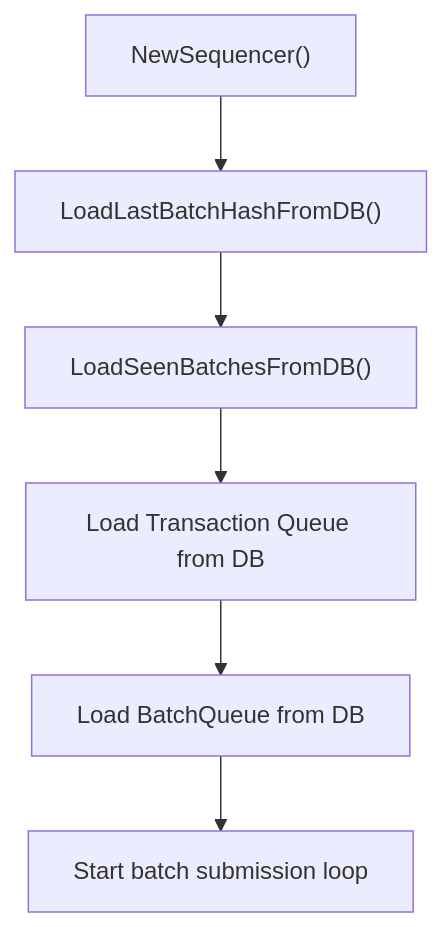
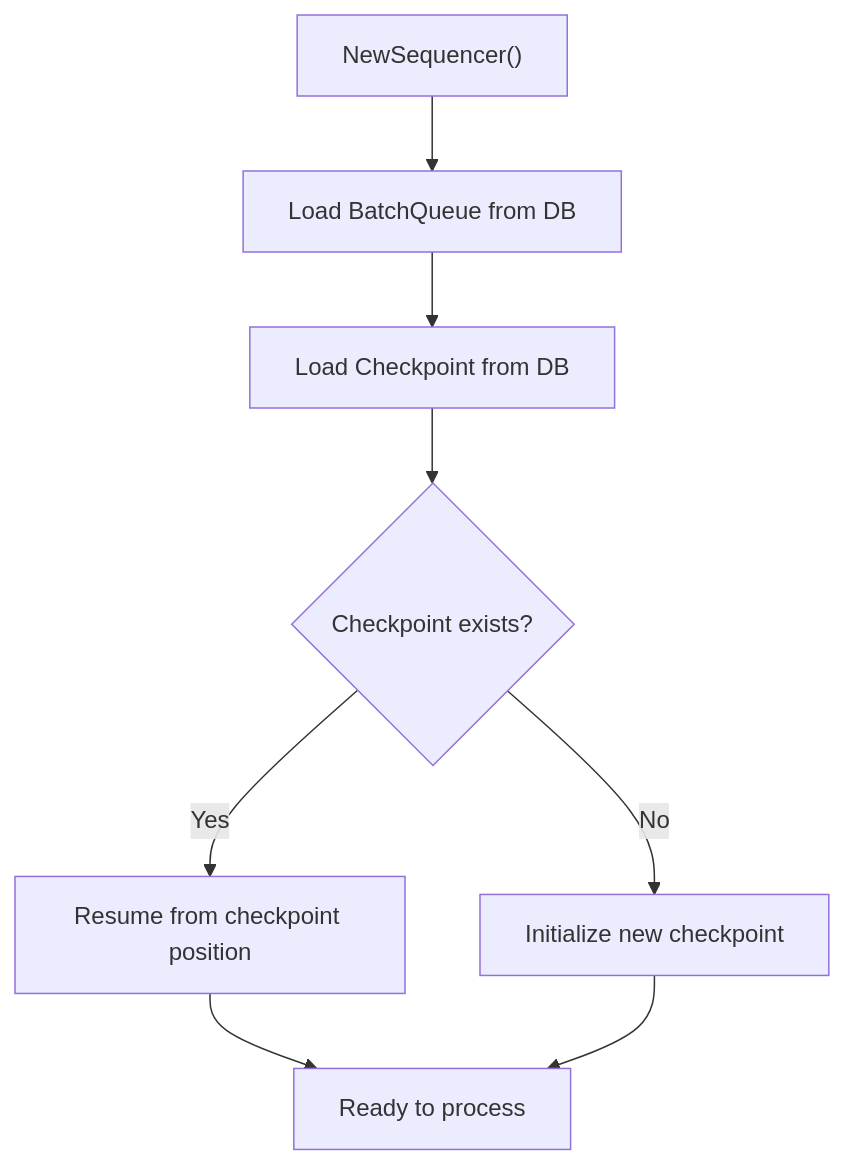
One commit to evstack/ev-node changed the second of 6 diagrams in sequencers/single/README.md. Above: the diagram before and after it, drawn with Mermaid. The commit also changed other lines of this file and 9 other files, not shown here.

Commit message:
implement checkpoint for single sequencer

````diff
--- a/sequencers/single/README.md
+++ b/sequencers/single/README.md
@@ -55,8 +63,10 @@
 ```mermaid
 flowchart TD
-    A["NewSequencer()"] --> B["LoadLastBatchHashFromDB()"]
-    B --> C["LoadSeenBatchesFromDB()"]
-    C --> D["Load Transaction Queue from DB"]
-    D --> E["Load BatchQueue from DB"]
-    E --> F["Start batch submission loop"]
+    A["NewSequencer()"] --> B["Load BatchQueue from DB"]
+    B --> C["Load Checkpoint from DB"]
+    C --> D{"Checkpoint exists?"}
+    D -->|Yes| E["Resume from checkpoint position"]
+    D -->|No| F["Initialize new checkpoint"]
+    E --> G["Ready to process"]
+    F --> G
 ```
````
